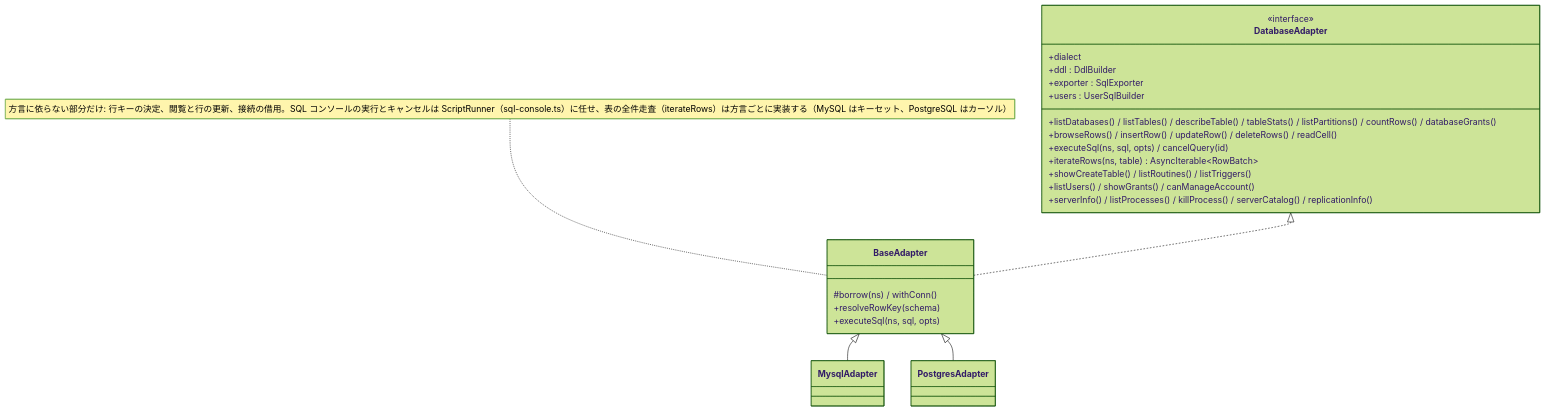
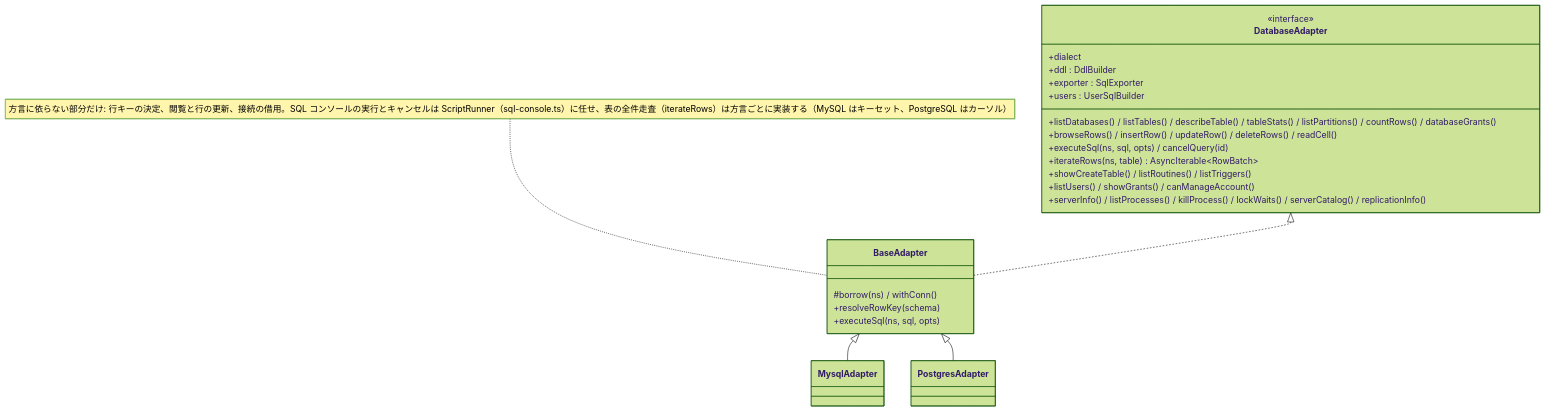
The third of 11 diagrams in docs/architecture.md (ip-san/tsmyadmin), drawn with Mermaid (forest theme) before and after one commit. The commit also changed 31 other files, not shown here.

````diff
--- a/docs/architecture.md
+++ b/docs/architecture.md
@@ -86,28 +86,28 @@
 ```mermaid
 classDiagram
   class DatabaseAdapter {
     <<interface>>
     +dialect
     +listDatabases() / listTables() / describeTable() / tableStats() / listPartitions() / countRows() / databaseGrants()
     +browseRows() / insertRow() / updateRow() / deleteRows() / readCell()
     +executeSql(ns, sql, opts) / cancelQuery(id)
     +iterateRows(ns, table) AsyncIterable~RowBatch~
     +showCreateTable() / listRoutines() / listTriggers()
     +listUsers() / showGrants() / canManageAccount()
-    +serverInfo() / listProcesses() / killProcess() / serverCatalog() / replicationInfo()
+    +serverInfo() / listProcesses() / killProcess() / lockWaits() / serverCatalog() / replicationInfo()
     +ddl : DdlBuilder
     +exporter : SqlExporter
     +users : UserSqlBuilder
   }
   class BaseAdapter {
     #borrow(ns) / withConn()
     +resolveRowKey(schema)
     +executeSql(ns, sql, opts)
   }
   note for BaseAdapter "方言に依らない部分だけ: 行キーの決定、閲覧と行の更新、接続の借用。SQL コンソールの実行とキャンセルは ScriptRunner（sql-console.ts）に任せ、表の全件走査（iterateRows）は方言ごとに実装する（MySQL はキーセット、PostgreSQL はカーソル）"
   class MysqlAdapter
   class PostgresAdapter
   DatabaseAdapter <|.. BaseAdapter
   BaseAdapter <|-- MysqlAdapter
   BaseAdapter <|-- PostgresAdapter
 ```
````
